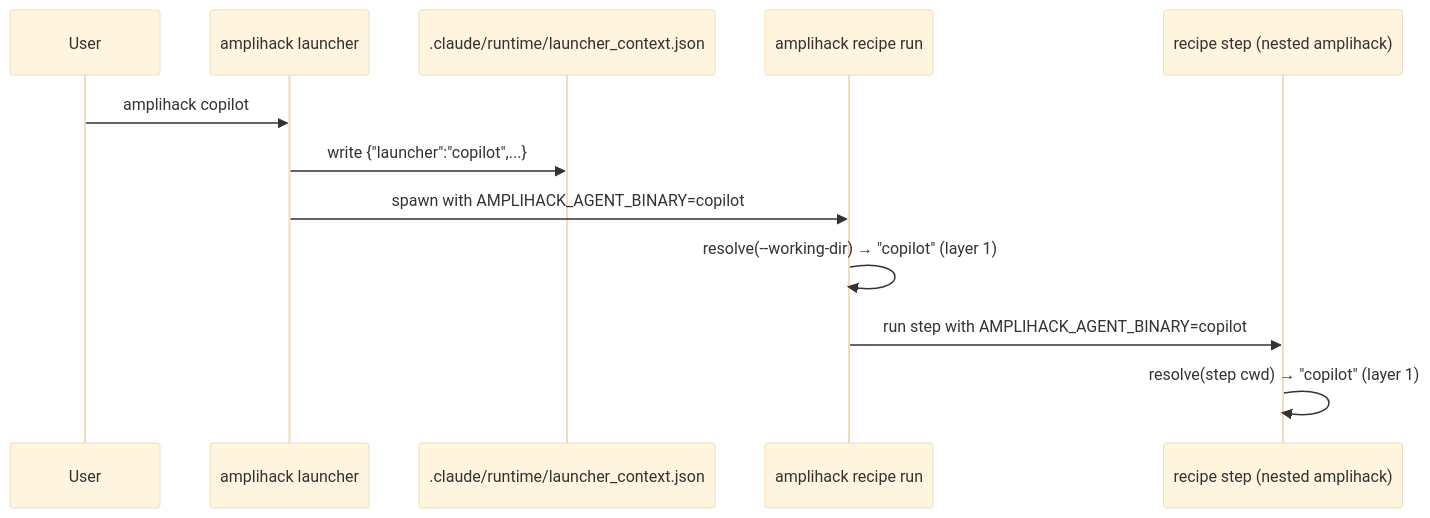
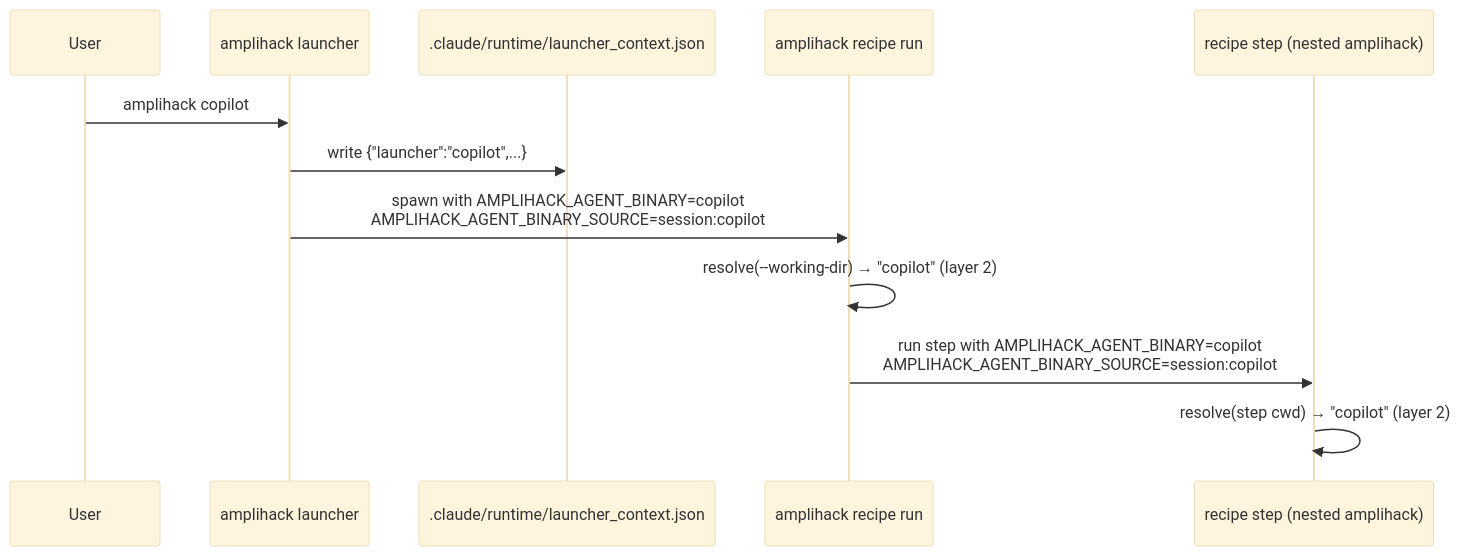
Before and after one commit to rysweet/amplihack-rs: the second of 2 diagrams in docs/concepts/agent-binary-routing.md, drawn with Mermaid (base theme). The commit also changed other lines of this file and 21 other files, not shown here.

````diff
--- a/docs/concepts/agent-binary-routing.md
+++ b/docs/concepts/agent-binary-routing.md
@@ -144,15 +175,15 @@
 ```mermaid
 sequenceDiagram
     participant U as User
     participant L as amplihack launcher
     participant F as .claude/runtime/launcher_context.json
     participant R as amplihack recipe run
     participant S as recipe step (nested amplihack)
 
     U->>L: amplihack copilot
     L->>F: write {"launcher":"copilot",...}
-    L->>R: spawn with AMPLIHACK_AGENT_BINARY=copilot
-    R->>R: resolve(--working-dir) → "copilot" (layer 1)
-    R->>S: run step with AMPLIHACK_AGENT_BINARY=copilot
-    S->>S: resolve(step cwd) → "copilot" (layer 1)
+    L->>R: spawn with AMPLIHACK_AGENT_BINARY=copilot<br/>AMPLIHACK_AGENT_BINARY_SOURCE=session:copilot
+    R->>R: resolve(--working-dir) → "copilot" (layer 2)
+    R->>S: run step with AMPLIHACK_AGENT_BINARY=copilot<br/>AMPLIHACK_AGENT_BINARY_SOURCE=session:copilot
+    S->>S: resolve(step cwd) → "copilot" (layer 2)
 ```
````
